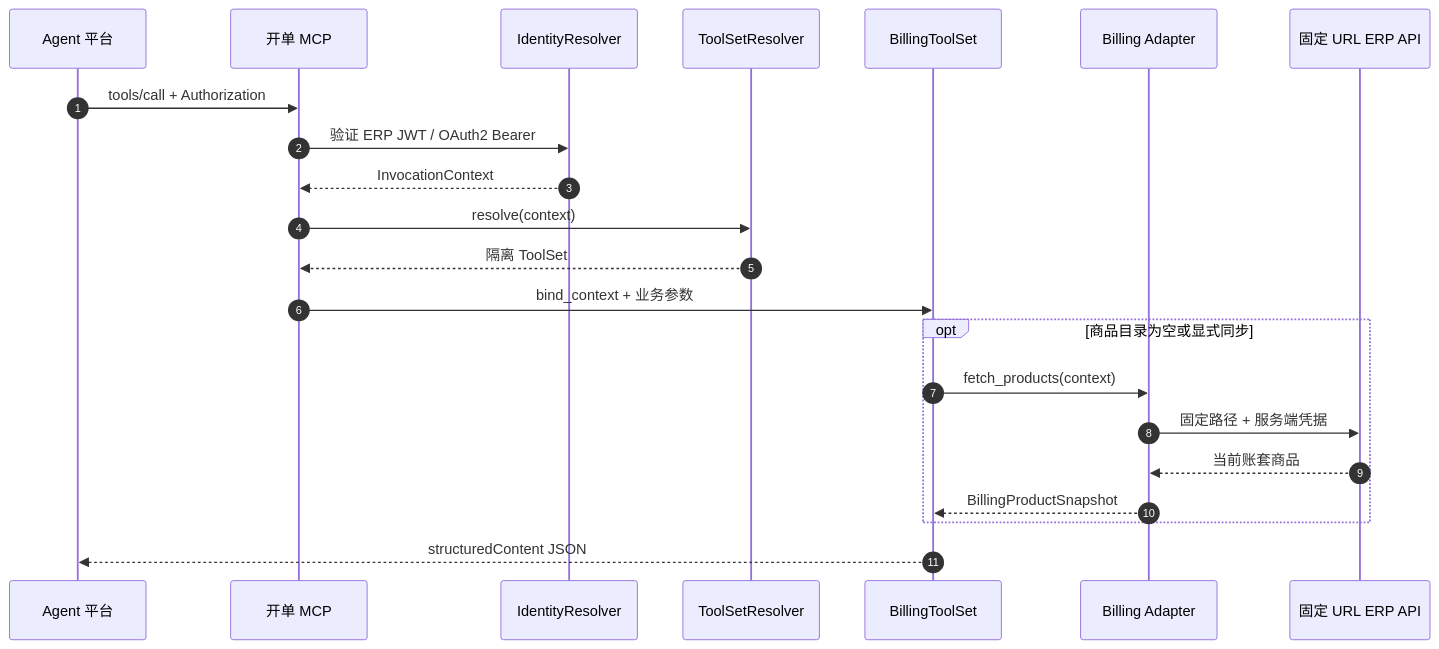
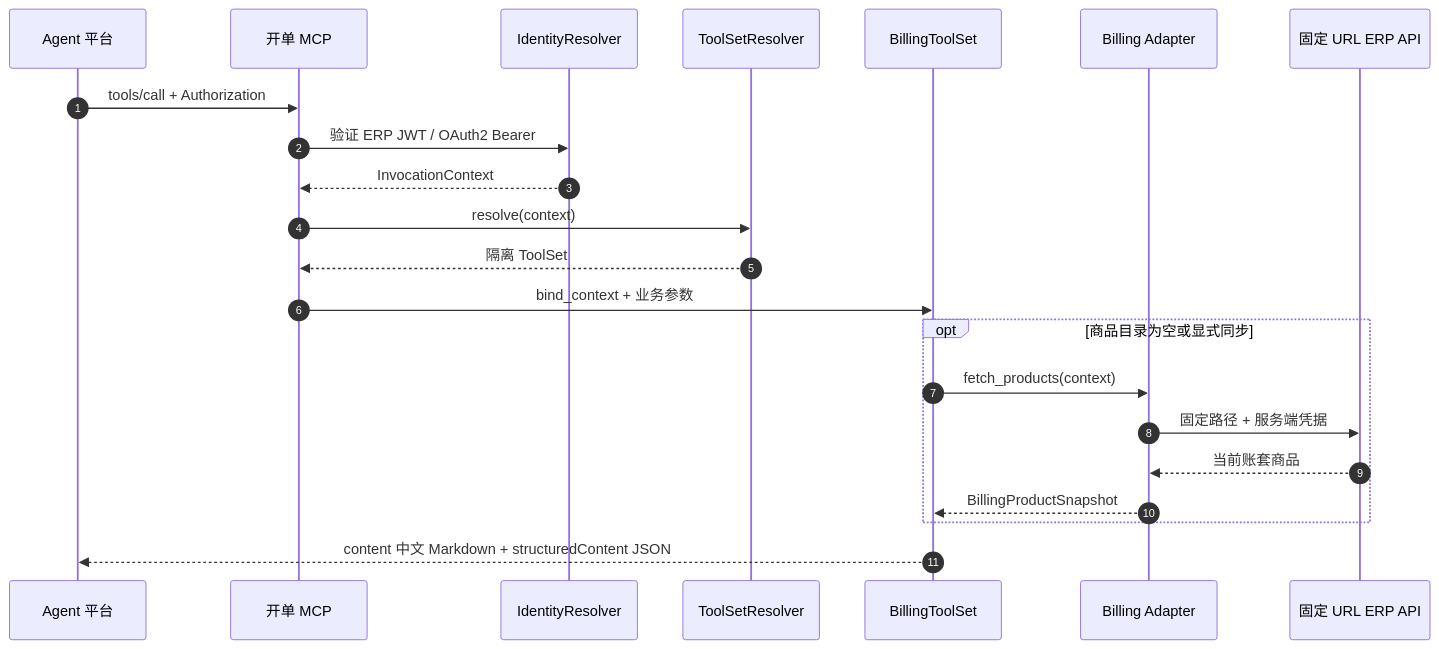
Before and after one commit to 757607106/gjp-cyb-mcp: the third of 4 diagrams in docs/architecture/architecture-diagrams.md, drawn with Mermaid. The commit also changed 33 other files, not shown here.

````diff
--- a/docs/architecture/architecture-diagrams.md
+++ b/docs/architecture/architecture-diagrams.md
@@ -70,25 +70,25 @@
 ```mermaid
 sequenceDiagram
     autonumber
     participant Agent as Agent 平台
     participant MCP as 开单 MCP
     participant Identity as IdentityResolver
     participant Resolver as ToolSetResolver
     participant Tool as BillingToolSet
     participant Adapter as Billing Adapter
     participant ERP as 固定 URL ERP API
 
     Agent->>MCP: tools/call + Authorization
     MCP->>Identity: 验证 ERP JWT / OAuth2 Bearer
     Identity-->>MCP: InvocationContext
     MCP->>Resolver: resolve(context)
     Resolver-->>MCP: 隔离 ToolSet
     MCP->>Tool: bind_context + 业务参数
     opt 商品目录为空或显式同步
         Tool->>Adapter: fetch_products(context)
         Adapter->>ERP: 固定路径 + 服务端凭据
         ERP-->>Adapter: 当前账套商品
         Adapter-->>Tool: BillingProductSnapshot
     end
-    Tool-->>Agent: structuredContent JSON
+    Tool-->>Agent: content 中文 Markdown + structuredContent JSON
 ```
````
